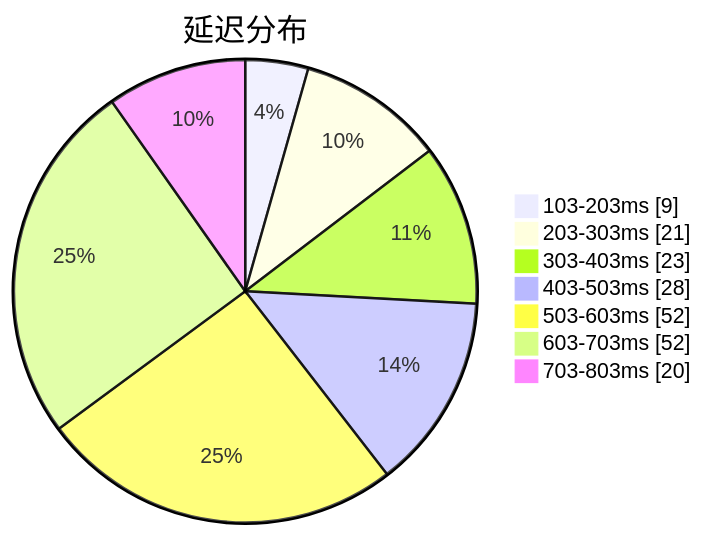
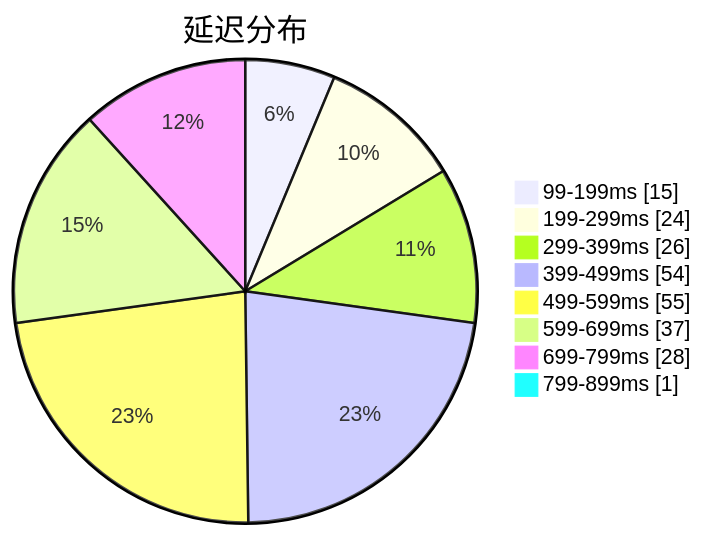
The first of 3 diagrams in subs/statistics/tested_within.md (sinspired/airport), drawn with Mermaid before and after one commit. The commit also changed other lines of this file and 2 other files, not shown here.

````diff
--- a/subs/statistics/tested_within.md
+++ b/subs/statistics/tested_within.md
@@ -2,11 +2,12 @@
 ```mermaid
 pie showData
 title 延迟分布
-"103-203ms" : 9
-"203-303ms" : 21
-"303-403ms" : 23
-"403-503ms" : 28
-"503-603ms" : 52
-"603-703ms" : 52
-"703-803ms" : 20
+"99-199ms" : 15
+"199-299ms" : 24
+"299-399ms" : 26
+"399-499ms" : 54
+"499-599ms" : 55
+"599-699ms" : 37
+"699-799ms" : 28
+"799-899ms" : 1
 ```
````
